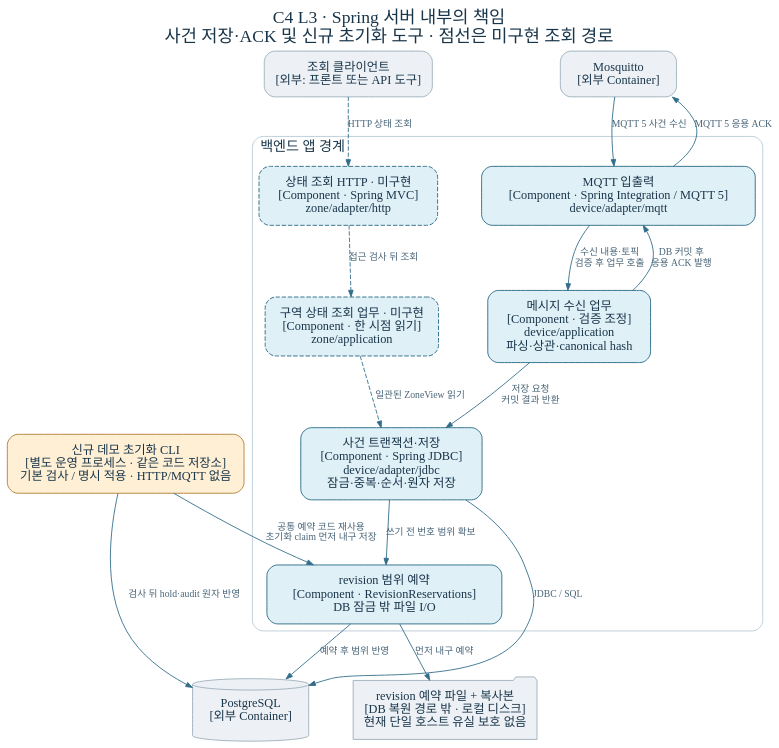
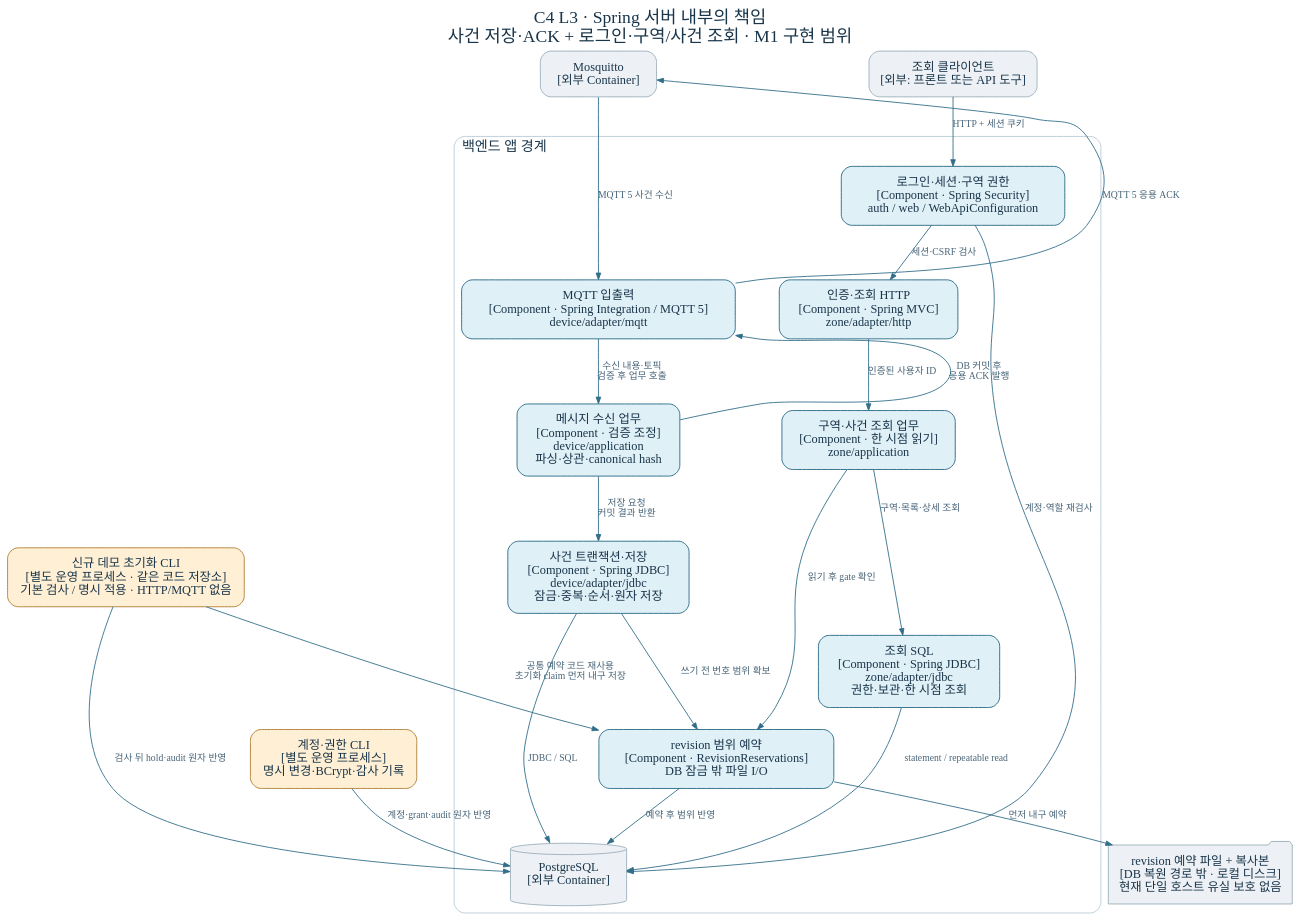
Before and after one commit to yh4752/illegal-parking-detection: the diagram in docs/diagrams/03-components.dot, drawn with Graphviz. The commit also changed 58 other files, not shown here.

Commit message:
feat: add authenticated zone and event read APIs

```diff
--- a/docs/diagrams/03-components.dot
+++ b/docs/diagrams/03-components.dot
@@ -1,36 +1,44 @@
 digraph Components {
-  graph [rankdir=TB, bgcolor="transparent", pad="0.4", nodesep="0.7", ranksep="0.7", fontname="Apple SD Gothic Neo", label="C4 L3 · Spring 서버 내부의 책임\n사건 저장·ACK 및 신규 초기화 도구 · 점선은 미구현 조회 경로", labelloc=t, fontsize=20, fontcolor="#19354a"];
+  graph [rankdir=TB, bgcolor="transparent", pad="0.4", nodesep="0.7", ranksep="0.7", fontname="Apple SD Gothic Neo", label="C4 L3 · Spring 서버 내부의 책임\n사건 저장·ACK + 로그인·구역/사건 조회 · M1 구현 범위", labelloc=t, fontsize=20, fontcolor="#19354a"];
   node [shape=box, style="rounded,filled", fontname="Apple SD Gothic Neo", fontsize=14, margin="0.2,0.15", color="#216582", fillcolor="#e0f0f7", fontcolor="#19354a"];
   edge [fontname="Apple SD Gothic Neo", fontsize=11, color="#326e8a", fontcolor="#486478", arrowsize=0.75];
   broker [label="Mosquitto\n[외부 Container]", fillcolor="#edf1f5", color="#9aadb9"];
   client [label="조회 클라이언트\n[외부: 프론트 또는 API 도구]", fillcolor="#edf1f5", color="#9aadb9"];
   db [shape=cylinder, label="PostgreSQL\n[외부 Container]", fillcolor="#edf1f5", color="#9aadb9"];
   manifest [shape=folder, label="revision 예약 파일 + 복사본\n[DB 복원 경로 밖 · 로컬 디스크]\n현재 단일 호스트 유실 보호 없음", fillcolor="#edf1f5", color="#9aadb9"];
+  accounts [label="계정·권한 CLI\n[별도 운영 프로세스]\n명시 변경·BCrypt·감사 기록", fillcolor="#fff0d5", color="#af7c2f"];
   initcli [label="신규 데모 초기화 CLI\n[별도 운영 프로세스 · 같은 코드 저장소]\n기본 검사 / 명시 적용 · HTTP/MQTT 없음", fillcolor="#fff0d5", color="#af7c2f"];
   {rank=same;broker;client;}
   subgraph cluster_backend {
     label="백엔드 앱 경계"; labeljust=l; color="#b7cad6"; style=rounded; fontsize=16;
     mqtt [label="MQTT 입출력\n[Component · Spring Integration / MQTT 5]\ndevice/adapter/mqtt"];
-    api [label="상태 조회 HTTP · 미구현\n[Component · Spring MVC]\nzone/adapter/http", style="rounded,filled,dashed"];
+    api [label="인증·조회 HTTP\n[Component · Spring MVC]\nzone/adapter/http"];
+    auth [label="로그인·세션·구역 권한\n[Component · Spring Security]\nauth / web / WebApiConfiguration"];
+    readstore [label="조회 SQL\n[Component · Spring JDBC]\nzone/adapter/jdbc\n권한·보관·한 시점 조회"];
     ingest [label="메시지 수신 업무\n[Component · 검증 조정]\ndevice/application\n파싱·상관·canonical hash"];
-    query [label="구역 상태 조회 업무 · 미구현\n[Component · 한 시점 읽기]\nzone/application", style="rounded,filled,dashed"];
+    query [label="구역·사건 조회 업무\n[Component · 한 시점 읽기]\nzone/application"];
     repo [label="사건 트랜잭션·저장\n[Component · Spring JDBC]\ndevice/adapter/jdbc\n잠금·중복·순서·원자 저장"];
     reservation [label="revision 범위 예약\n[Component · RevisionReservations]\nDB 잠금 밖 파일 I/O"];
     {rank=same;mqtt;api;}
     {rank=same;ingest;query;}
     mqtt -> ingest [label="수신 내용·토픽\n검증 후 업무 호출"];
     ingest -> mqtt [label="DB 커밋 후\n응용 ACK 발행", constraint=false];
-    api -> query [label="접근 검사 뒤 조회", style=dashed];
+    api -> query [label="인증된 사용자 ID"];
+    auth -> api [label="세션·CSRF 검사"];
+    auth -> db [label="계정·역할 재검사"];
     ingest -> repo [label="저장 요청\n커밋 결과 반환"];
     repo -> reservation [label="쓰기 전 번호 범위 확보"];
-    query -> repo [label="일관된 ZoneView 읽기", style=dashed];
+    query -> readstore [label="구역·목록·상세 조회"];
+    query -> reservation [label="읽기 후 gate 확인"];
+    readstore -> db [label="statement / repeatable read"];
   }
   broker -> mqtt [label="MQTT 5 사건 수신"];
   mqtt -> broker [label="MQTT 5 응용 ACK", constraint=false];
-  client -> api [label="HTTP 상태 조회", style=dashed];
+  client -> auth [label="HTTP + 세션 쿠키"];
   repo -> db [label="JDBC / SQL"];
   reservation -> manifest [label="먼저 내구 예약"];
   reservation -> db [label="예약 후 범위 반영"];
   initcli -> reservation [label="공통 예약 코드 재사용\n초기화 claim 먼저 내구 저장"];
+  accounts -> db [label="계정·grant·audit 원자 반영"];
   initcli -> db [label="검사 뒤 hold·audit 원자 반영"];
 }
```
